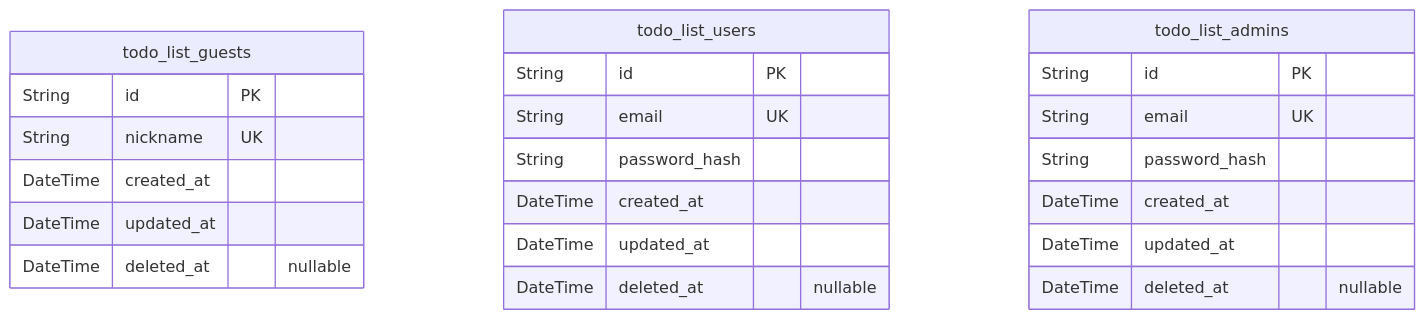
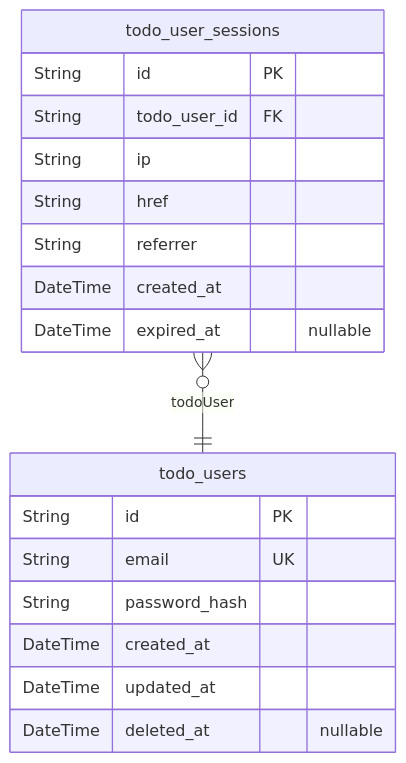
The first of 2 diagrams in openai/gpt-4.1-mini/todo/docs/ERD.md (wrtnlabs/autobe-examples), drawn with Mermaid before and after one commit. The commit also changed other lines of this file and 16146 other files, not shown here.

````diff
--- a/openai/gpt-4.1-mini/todo/docs/ERD.md
+++ b/openai/gpt-4.1-mini/todo/docs/ERD.md
@@ -10,26 +10,21 @@
 ```mermaid
 erDiagram
-"todo_list_guests" {
-  String id PK
-  String nickname UK
-  DateTime created_at
-  DateTime updated_at
-  DateTime deleted_at "nullable"
-}
-"todo_list_users" {
+"todo_users" {
   String id PK
   String email UK
   String password_hash
   DateTime created_at
   DateTime updated_at
   DateTime deleted_at "nullable"
 }
-"todo_list_admins" {
+"todo_user_sessions" {
   String id PK
-  String email UK
-  String password_hash
+  String todo_user_id FK
+  String ip
+  String href
+  String referrer
   DateTime created_at
-  DateTime updated_at
-  DateTime deleted_at "nullable"
+  DateTime expired_at "nullable"
 }
+"todo_user_sessions" }o--|| "todo_users" : todoUser
 ```
````
